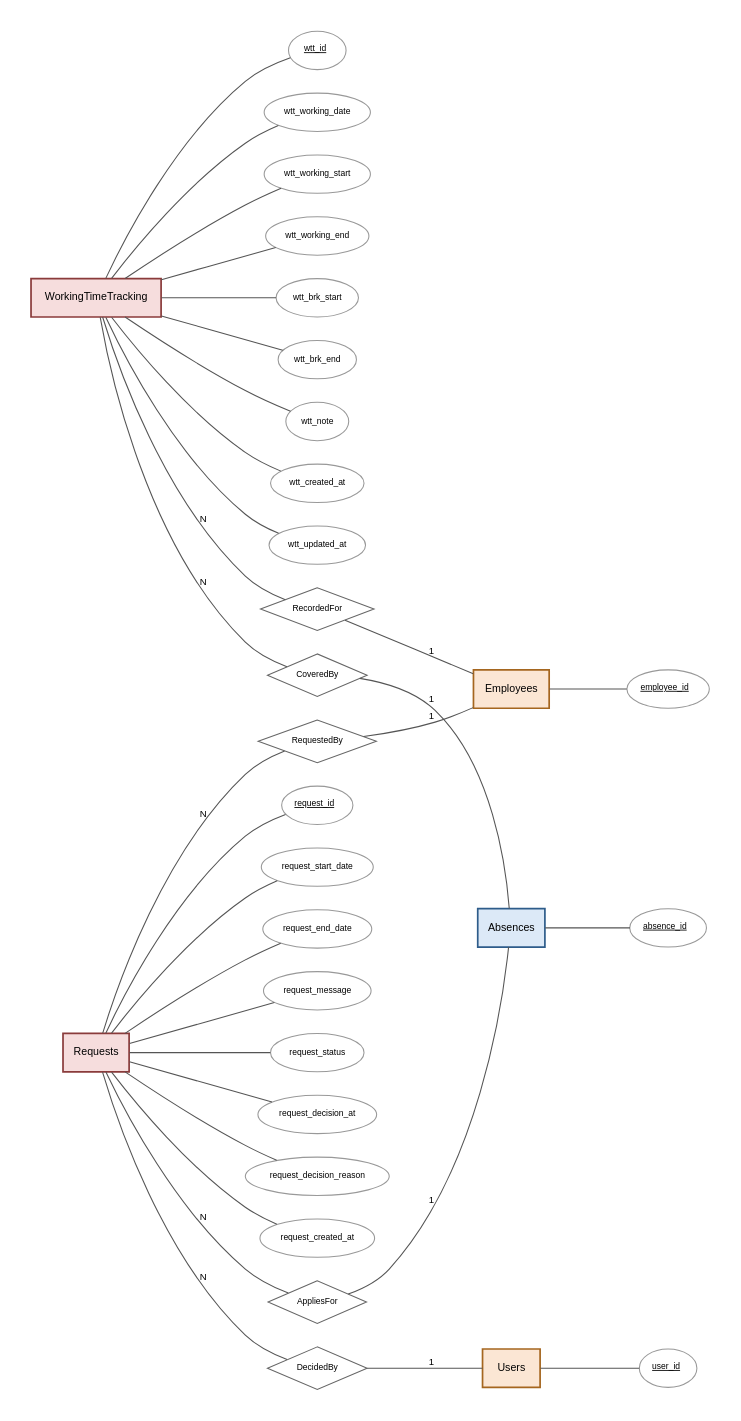
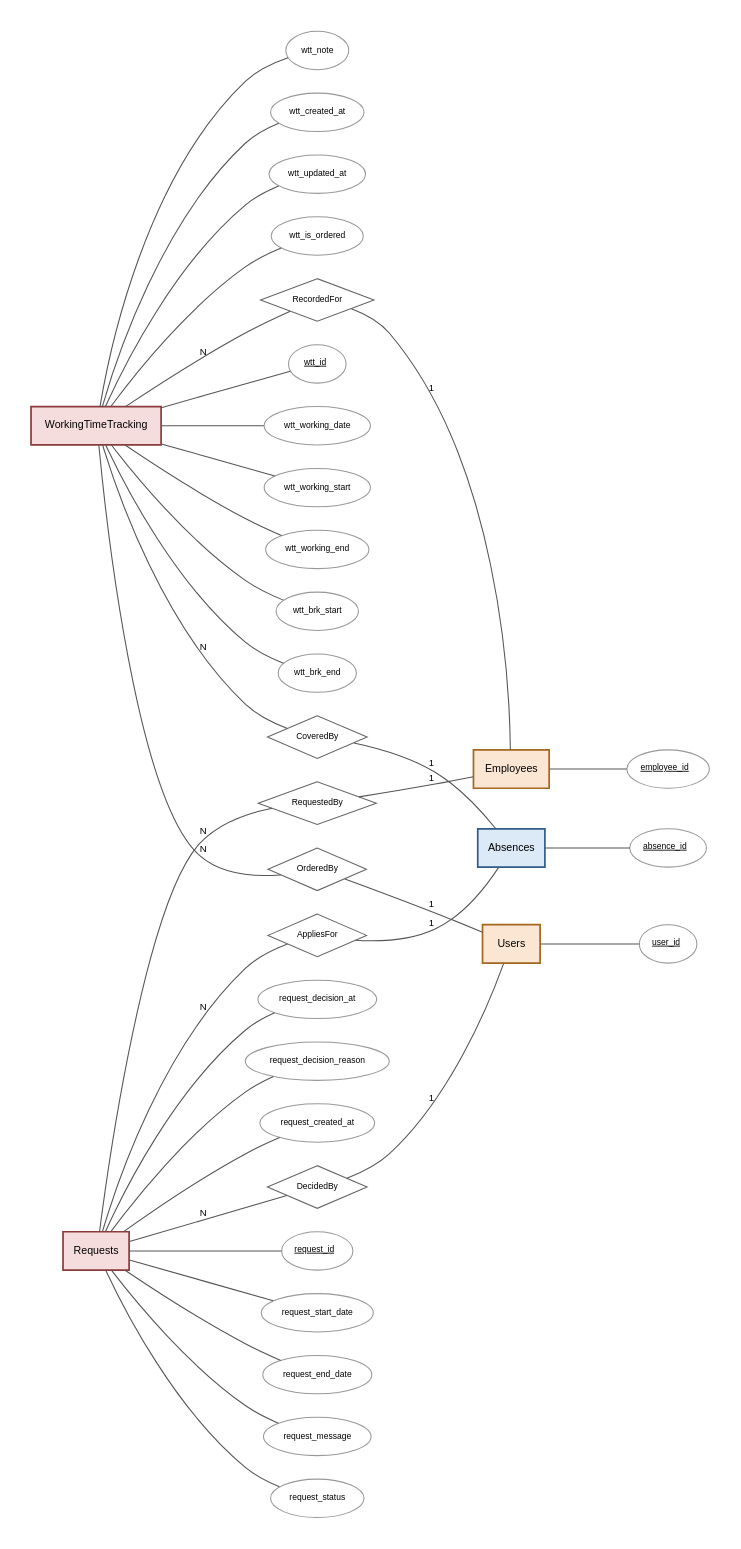
Before and after one commit to mbodigit/time_tracking_system_prototype: the diagram in docs/diagram/er-5-mukodes.dot, drawn with Graphviz. The commit also changed 16 other files, not shown here.

Commit message:
Diagramok és folyamatábrák

```diff
--- a/docs/diagram/er-5-mukodes.dot
+++ b/docs/diagram/er-5-mukodes.dot
@@ -1,72 +1,77 @@
 graph ER {
   fontname="Helvetica";
   graph [rankdir=LR, splines=spline, nodesep=0.3, ranksep=1.0, pack=true, packmode=array, bgcolor="white", pad=0.3];
   node [fontname="Helvetica", fontsize=10];
   edge [fontname="Helvetica", fontsize=9, color="#555555"];
 
   // fókuszban lévő egyedek, minden attribútummal
   "WorkingTimeTracking" [shape=box, style="filled,bold", fillcolor="#F6DDDD", color="#8A3B3B", penwidth=1.6];
   "WorkingTimeTracking__wtt_id" [shape=ellipse, style=filled, fillcolor="white", color="#999999", fontsize=8, label=<<U>wtt_id</U>>];
   "WorkingTimeTracking" -- "WorkingTimeTracking__wtt_id" [len=0.8, weight=4];
   "WorkingTimeTracking__wtt_working_date" [shape=ellipse, style=filled, fillcolor="white", color="#999999", fontsize=8, label="wtt_working_date"];
   "WorkingTimeTracking" -- "WorkingTimeTracking__wtt_working_date" [len=0.8, weight=4];
   "WorkingTimeTracking__wtt_working_start" [shape=ellipse, style=filled, fillcolor="white", color="#999999", fontsize=8, label="wtt_working_start"];
   "WorkingTimeTracking" -- "WorkingTimeTracking__wtt_working_start" [len=0.8, weight=4];
   "WorkingTimeTracking__wtt_working_end" [shape=ellipse, style=filled, fillcolor="white", color="#999999", fontsize=8, label="wtt_working_end"];
   "WorkingTimeTracking" -- "WorkingTimeTracking__wtt_working_end" [len=0.8, weight=4];
   "WorkingTimeTracking__wtt_brk_start" [shape=ellipse, style=filled, fillcolor="white", color="#999999", fontsize=8, label="wtt_brk_start"];
   "WorkingTimeTracking" -- "WorkingTimeTracking__wtt_brk_start" [len=0.8, weight=4];
   "WorkingTimeTracking__wtt_brk_end" [shape=ellipse, style=filled, fillcolor="white", color="#999999", fontsize=8, label="wtt_brk_end"];
   "WorkingTimeTracking" -- "WorkingTimeTracking__wtt_brk_end" [len=0.8, weight=4];
   "WorkingTimeTracking__wtt_note" [shape=ellipse, style=filled, fillcolor="white", color="#999999", fontsize=8, label="wtt_note"];
   "WorkingTimeTracking" -- "WorkingTimeTracking__wtt_note" [len=0.8, weight=4];
   "WorkingTimeTracking__wtt_created_at" [shape=ellipse, style=filled, fillcolor="white", color="#999999", fontsize=8, label="wtt_created_at"];
   "WorkingTimeTracking" -- "WorkingTimeTracking__wtt_created_at" [len=0.8, weight=4];
   "WorkingTimeTracking__wtt_updated_at" [shape=ellipse, style=filled, fillcolor="white", color="#999999", fontsize=8, label="wtt_updated_at"];
   "WorkingTimeTracking" -- "WorkingTimeTracking__wtt_updated_at" [len=0.8, weight=4];
+  "WorkingTimeTracking__wtt_is_ordered" [shape=ellipse, style=filled, fillcolor="white", color="#999999", fontsize=8, label="wtt_is_ordered"];
+  "WorkingTimeTracking" -- "WorkingTimeTracking__wtt_is_ordered" [len=0.8, weight=4];
   "Requests" [shape=box, style="filled,bold", fillcolor="#F6DDDD", color="#8A3B3B", penwidth=1.6];
   "Requests__request_id" [shape=ellipse, style=filled, fillcolor="white", color="#999999", fontsize=8, label=<<U>request_id</U>>];
   "Requests" -- "Requests__request_id" [len=0.8, weight=4];
   "Requests__request_start_date" [shape=ellipse, style=filled, fillcolor="white", color="#999999", fontsize=8, label="request_start_date"];
   "Requests" -- "Requests__request_start_date" [len=0.8, weight=4];
   "Requests__request_end_date" [shape=ellipse, style=filled, fillcolor="white", color="#999999", fontsize=8, label="request_end_date"];
   "Requests" -- "Requests__request_end_date" [len=0.8, weight=4];
   "Requests__request_message" [shape=ellipse, style=filled, fillcolor="white", color="#999999", fontsize=8, label="request_message"];
   "Requests" -- "Requests__request_message" [len=0.8, weight=4];
   "Requests__request_status" [shape=ellipse, style=filled, fillcolor="white", color="#999999", fontsize=8, label="request_status"];
   "Requests" -- "Requests__request_status" [len=0.8, weight=4];
   "Requests__request_decision_at" [shape=ellipse, style=filled, fillcolor="white", color="#999999", fontsize=8, label="request_decision_at"];
   "Requests" -- "Requests__request_decision_at" [len=0.8, weight=4];
   "Requests__request_decision_reason" [shape=ellipse, style=filled, fillcolor="white", color="#999999", fontsize=8, label="request_decision_reason"];
   "Requests" -- "Requests__request_decision_reason" [len=0.8, weight=4];
   "Requests__request_created_at" [shape=ellipse, style=filled, fillcolor="white", color="#999999", fontsize=8, label="request_created_at"];
   "Requests" -- "Requests__request_created_at" [len=0.8, weight=4];
 
   // kapcsolódó egyedek, csak az elsődleges kulccsal
   "Absences" [shape=box, style="filled,bold", fillcolor="#DCE9F7", color="#2E5C8A", penwidth=1.6];
   "Absences__absence_id" [shape=ellipse, style=filled, fillcolor="white", color="#999999", fontsize=8, label=<<U>absence_id</U>>];
   "Absences" -- "Absences__absence_id" [len=0.8, weight=4];
   "Employees" [shape=box, style="filled,bold", fillcolor="#FBE6D4", color="#A5661F", penwidth=1.6];
   "Employees__employee_id" [shape=ellipse, style=filled, fillcolor="white", color="#999999", fontsize=8, label=<<U>employee_id</U>>];
   "Employees" -- "Employees__employee_id" [len=0.8, weight=4];
   "Users" [shape=box, style="filled,bold", fillcolor="#FBE6D4", color="#A5661F", penwidth=1.6];
   "Users__user_id" [shape=ellipse, style=filled, fillcolor="white", color="#999999", fontsize=8, label=<<U>user_id</U>>];
   "Users" -- "Users__user_id" [len=0.8, weight=4];
 
   // kapcsolatok
   "R_fk_wtt_employee" [shape=diamond, style=filled, fillcolor="white", color="#666666", fontsize=8, label="RecordedFor", width=1.0, height=0.55];
   "WorkingTimeTracking" -- "R_fk_wtt_employee" [label="N", len=2.4];
   "R_fk_wtt_employee" -- "Employees" [label="1", len=2.4];
   "R_fk_wtt_absence" [shape=diamond, style=filled, fillcolor="white", color="#666666", fontsize=8, label="CoveredBy", width=1.0, height=0.55];
   "WorkingTimeTracking" -- "R_fk_wtt_absence" [label="N", len=2.4];
   "R_fk_wtt_absence" -- "Absences" [label="1", len=2.4];
+  "R_fk_wtt_ordered_by" [shape=diamond, style=filled, fillcolor="white", color="#666666", fontsize=8, label="OrderedBy", width=1.0, height=0.55];
+  "WorkingTimeTracking" -- "R_fk_wtt_ordered_by" [label="N", len=2.4];
+  "R_fk_wtt_ordered_by" -- "Users" [label="1", len=2.4];
   "R_fk_request_employee" [shape=diamond, style=filled, fillcolor="white", color="#666666", fontsize=8, label="RequestedBy", width=1.0, height=0.55];
   "Requests" -- "R_fk_request_employee" [label="N", len=2.4];
   "R_fk_request_employee" -- "Employees" [label="1", len=2.4];
   "R_fk_request_absence" [shape=diamond, style=filled, fillcolor="white", color="#666666", fontsize=8, label="AppliesFor", width=1.0, height=0.55];
   "Requests" -- "R_fk_request_absence" [label="N", len=2.4];
   "R_fk_request_absence" -- "Absences" [label="1", len=2.4];
   "R_fk_request_decision_by" [shape=diamond, style=filled, fillcolor="white", color="#666666", fontsize=8, label="DecidedBy", width=1.0, height=0.55];
   "Requests" -- "R_fk_request_decision_by" [label="N", len=2.4];
   "R_fk_request_decision_by" -- "Users" [label="1", len=2.4];
 }
```
